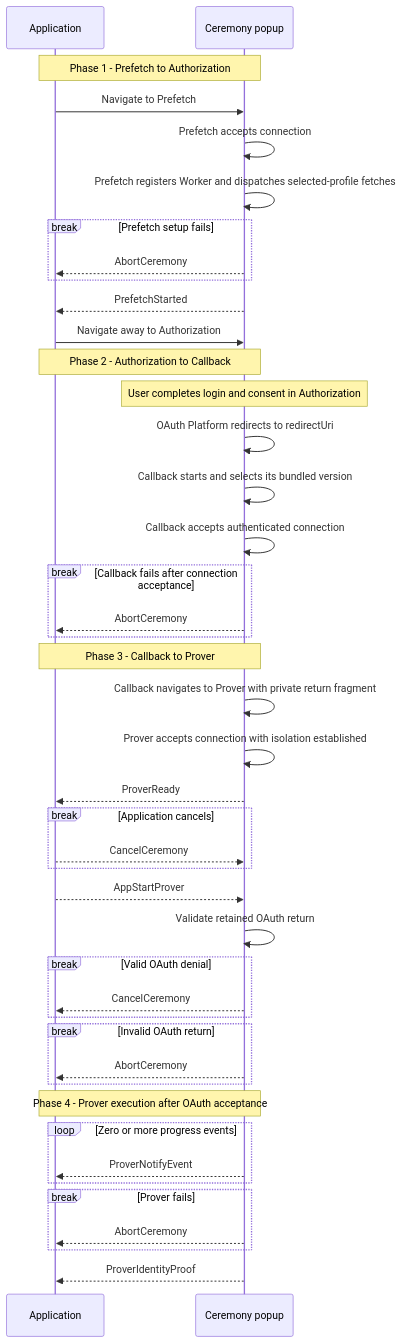
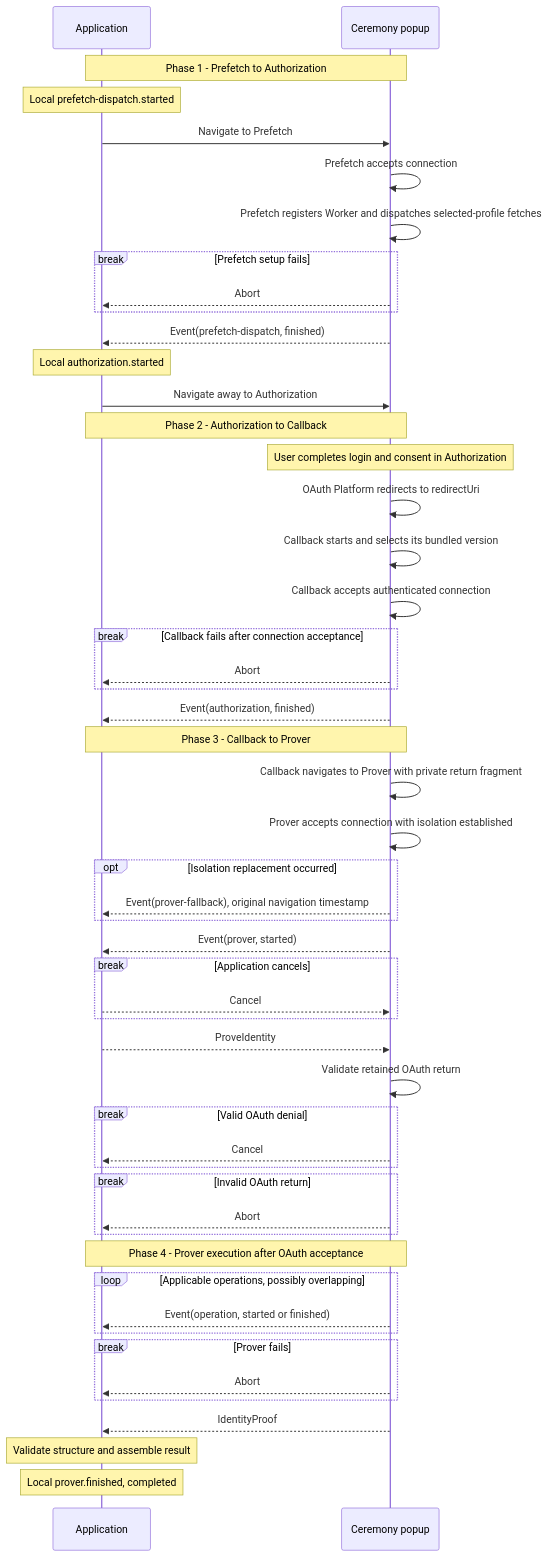
The diagram in ts/packages/ceremony/CCDP.md (libid-org/libid), drawn with Mermaid before and after one commit. The commit also changed other lines of this file and 1 other file, not shown here.

First line of the commit message:
docs(ccdp): unify ceremony events and simplify messages

````diff
--- a/ts/packages/ceremony/CCDP.md
+++ b/ts/packages/ceremony/CCDP.md
@@ -546,49 +649,57 @@
 ```mermaid
 sequenceDiagram
     participant A as Application
     participant P as Ceremony popup
 
     Note over A,P: Phase 1 - Prefetch to Authorization
+    Note over A: Local prefetch-dispatch.started
     A->>P: Navigate to Prefetch
     P->>P: Prefetch accepts connection
     P->>P: Prefetch registers Worker and dispatches selected-profile fetches
     break Prefetch setup fails
-        P-->>A: AbortCeremony
+        P-->>A: Abort
     end
-    P-->>A: PrefetchStarted
+    P-->>A: Event(prefetch-dispatch, finished)
+    Note over A: Local authorization.started
     A->>P: Navigate away to Authorization
 
     Note over A,P: Phase 2 - Authorization to Callback
     Note over P: User completes login and consent in Authorization
     P->>P: OAuth Platform redirects to redirectUri
     P->>P: Callback starts and selects its bundled version
     P->>P: Callback accepts authenticated connection
     break Callback fails after connection acceptance
-        P-->>A: AbortCeremony
+        P-->>A: Abort
     end
+    P-->>A: Event(authorization, finished)
 
     Note over A,P: Phase 3 - Callback to Prover
     P->>P: Callback navigates to Prover with private return fragment
     P->>P: Prover accepts connection with isolation established
-    P-->>A: ProverReady
+    opt Isolation replacement occurred
+        P-->>A: Event(prover-fallback), original navigation timestamp
+    end
+    P-->>A: Event(prover, started)
     break Application cancels
-        A-->>P: CancelCeremony
+        A-->>P: Cancel
     end
-    A-->>P: AppStartProver
+    A-->>P: ProveIdentity
 
     P->>P: Validate retained OAuth return
     break Valid OAuth denial
-        P-->>A: CancelCeremony
+        P-->>A: Cancel
     end
     break Invalid OAuth return
-        P-->>A: AbortCeremony
+        P-->>A: Abort
     end
     Note over A,P: Phase 4 - Prover execution after OAuth acceptance
-    loop Zero or more progress events
-        P-->>A: ProverNotifyEvent
+    loop Applicable operations, possibly overlapping
+        P-->>A: Event(operation, started or finished)
     end
     break Prover fails
-        P-->>A: AbortCeremony
+        P-->>A: Abort
     end
-    P-->>A: ProverIdentityProof
+    P-->>A: IdentityProof
+    Note over A: Validate structure and assemble result
+    Note over A: Local prover.finished, completed
 ```
````
